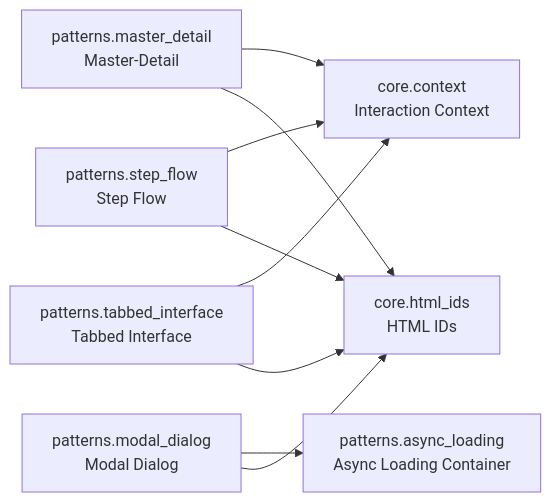
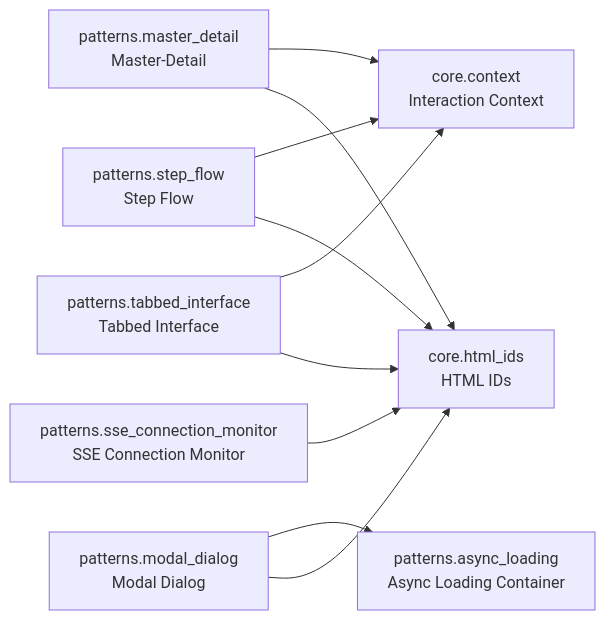
One commit to cj-mills/cjm-fasthtml-interactions changed the diagram in README.md. Above: the diagram before and after it, drawn with Mermaid. The commit also changed other lines of this file and 8 other files, not shown here.

````diff
--- a/README.md
+++ b/README.md
@@ -29,19 +30,21 @@
 ``` mermaid
 graph LR
     core_context[core.context<br/>Interaction Context]
     core_html_ids[core.html_ids<br/>HTML IDs]
     patterns_async_loading[patterns.async_loading<br/>Async Loading Container]
     patterns_master_detail[patterns.master_detail<br/>Master-Detail]
     patterns_modal_dialog[patterns.modal_dialog<br/>Modal Dialog]
+    patterns_sse_connection_monitor[patterns.sse_connection_monitor<br/>SSE Connection Monitor]
     patterns_step_flow[patterns.step_flow<br/>Step Flow]
     patterns_tabbed_interface[patterns.tabbed_interface<br/>Tabbed Interface]
 
     patterns_master_detail --> core_context
     patterns_master_detail --> core_html_ids
     patterns_modal_dialog --> patterns_async_loading
     patterns_modal_dialog --> core_html_ids
+    patterns_sse_connection_monitor --> core_html_ids
     patterns_step_flow --> core_context
     patterns_step_flow --> core_html_ids
     patterns_tabbed_interface --> core_context
     patterns_tabbed_interface --> core_html_ids
 ```
````
